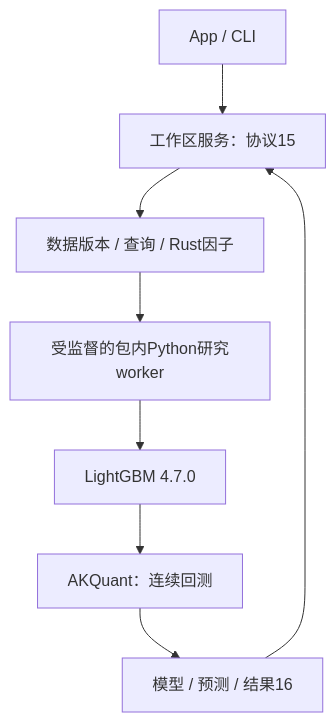
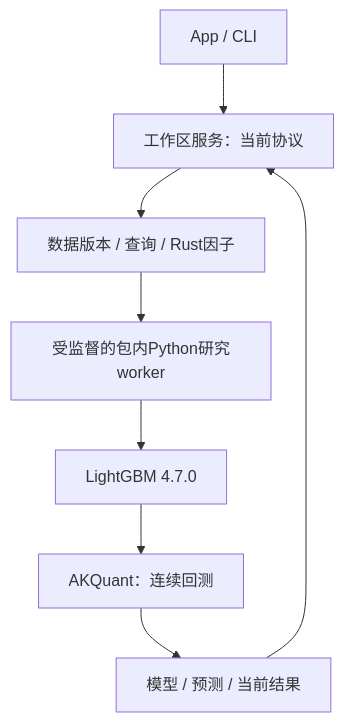
The diagram in README.md (Dennishaha/JFQuant), drawn with Mermaid before and after one commit. The commit also changed other lines of this file and 84 other files, not shown here.

Commit message:
refactor: split workflow orchestration and enforce architecture boundaries

````diff
--- a/README.md
+++ b/README.md
@@ -9,10 +9,10 @@
 ```mermaid
 flowchart TD
- UI[App / CLI] --> S[工作区服务：协议15]
+ UI[App / CLI] --> S[工作区服务：当前协议]
  S --> D[数据版本 / 查询 / Rust因子]
  D --> W[受监督的包内Python研究worker]
  W --> L[LightGBM 4.7.0]
  L --> A[AKQuant：连续回测]
- A --> R[模型 / 预测 / 结果16]
+ A --> R[模型 / 预测 / 当前结果]
  R --> S
 ```
````
